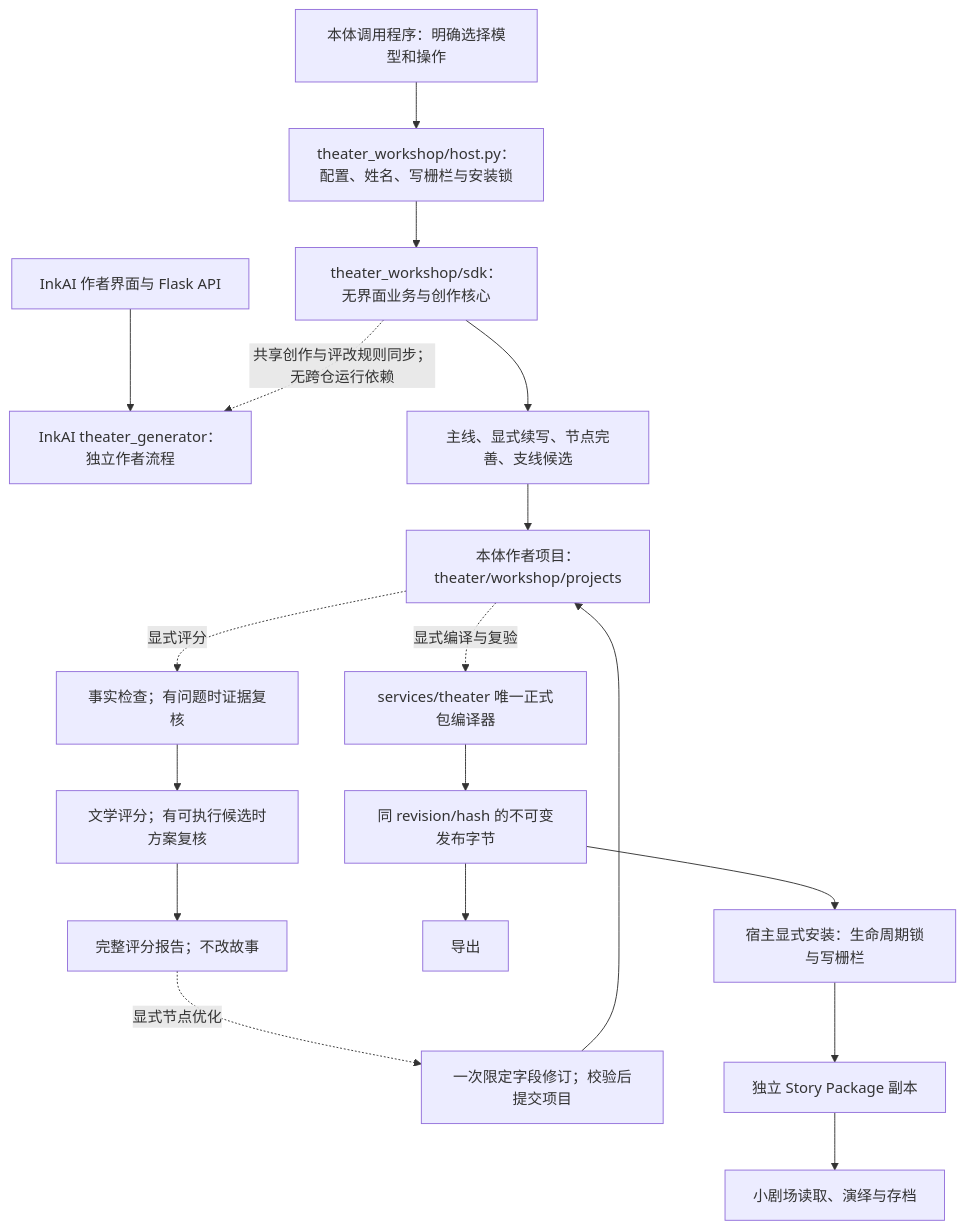
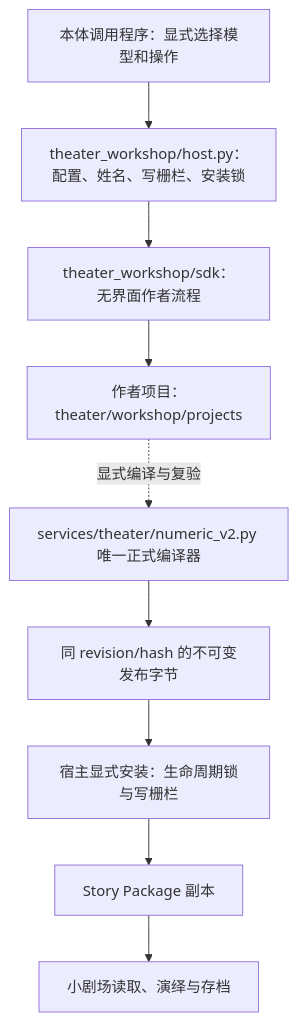
Before and after one commit to Krabbypattyl/N.E.K.O: the second of 3 diagrams in docs/design/neko-theater-architecture.md, drawn with Mermaid. The commit also changed other lines of this file and 12 other files, not shown here.

First line of the commit message:
docs(theater): replace experiment notes with an architecture doc and a decision record

````diff
--- a/docs/design/neko-theater-architecture.md
+++ b/docs/design/neko-theater-architecture.md
@@ -58,20 +43,11 @@
 ```mermaid
 flowchart TD
-    Caller["本体调用程序：明确选择模型和操作"] --> Host["theater_workshop/host.py：配置、姓名、写栅栏与安装锁"]
-    Host --> SDK["theater_workshop/sdk：无界面业务与创作核心"]
-    Web["InkAI 作者界面与 Flask API"] --> Legacy["InkAI theater_generator：独立作者流程"]
-    SDK -. "共享创作与评改规则同步；无跨仓运行依赖" .-> Legacy
-    SDK --> Generate["主线、显式续写、节点完善、支线候选"]
-    Generate --> Project["本体作者项目：theater/workshop/projects"]
-    Project -. "显式评分" .-> Facts["事实检查；有问题时证据复核"]
-    Facts --> Quality["文学评分；有可执行候选时方案复核"]
-    Quality --> Report["完整评分报告；不改故事"]
-    Report -. "显式节点优化" .-> Repair["一次限定字段修订；校验后提交项目"]
-    Repair --> Project
-    Project -. "显式编译与复验" .-> Compiler["services/theater 唯一正式包编译器"]
+    Caller["本体调用程序：显式选择模型和操作"] --> Host["theater_workshop/host.py：配置、姓名、写栅栏、安装锁"]
+    Host --> SDK["theater_workshop/sdk：无界面作者流程"]
+    SDK --> Project["作者项目：theater/workshop/projects"]
+    Project -. "显式编译与复验" .-> Compiler["services/theater/numeric_v2.py 唯一正式编译器"]
     Compiler --> Candidate["同 revision/hash 的不可变发布字节"]
-    Candidate --> Export["导出"]
     Candidate --> Install["宿主显式安装：生命周期锁与写栅栏"]
-    Install --> Package["独立 Story Package 副本"]
+    Install --> Package["Story Package 副本"]
     Package --> Theater["小剧场读取、演绎与存档"]
 ```
````
